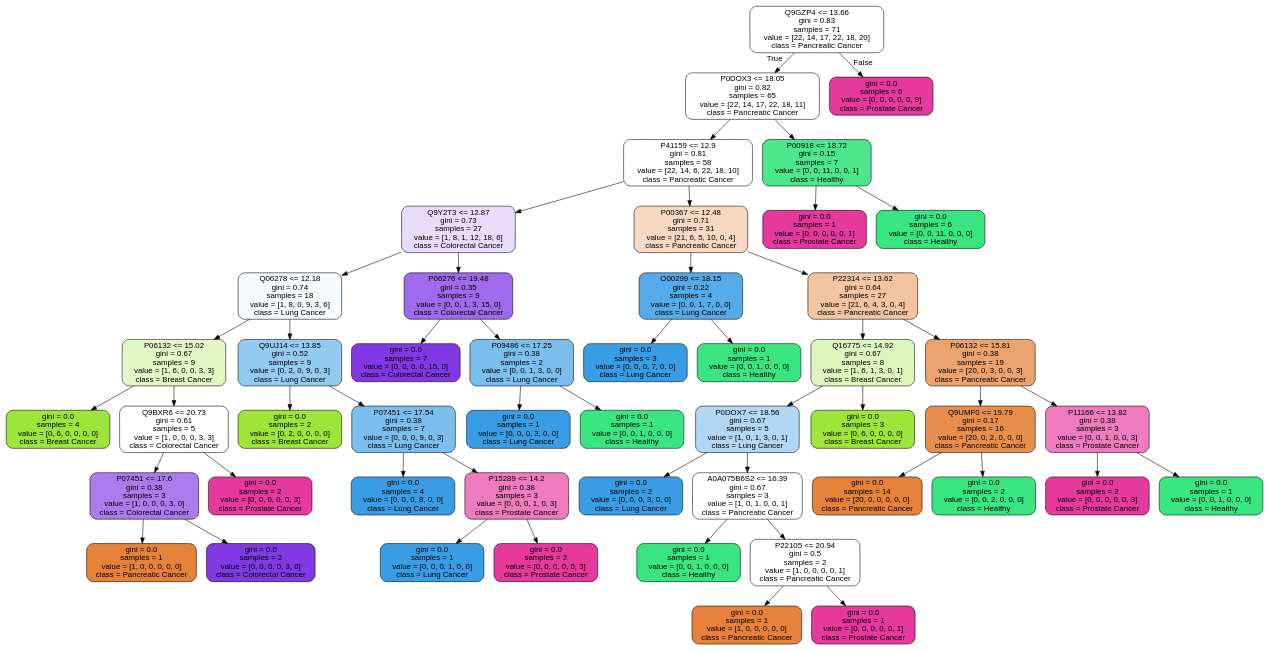
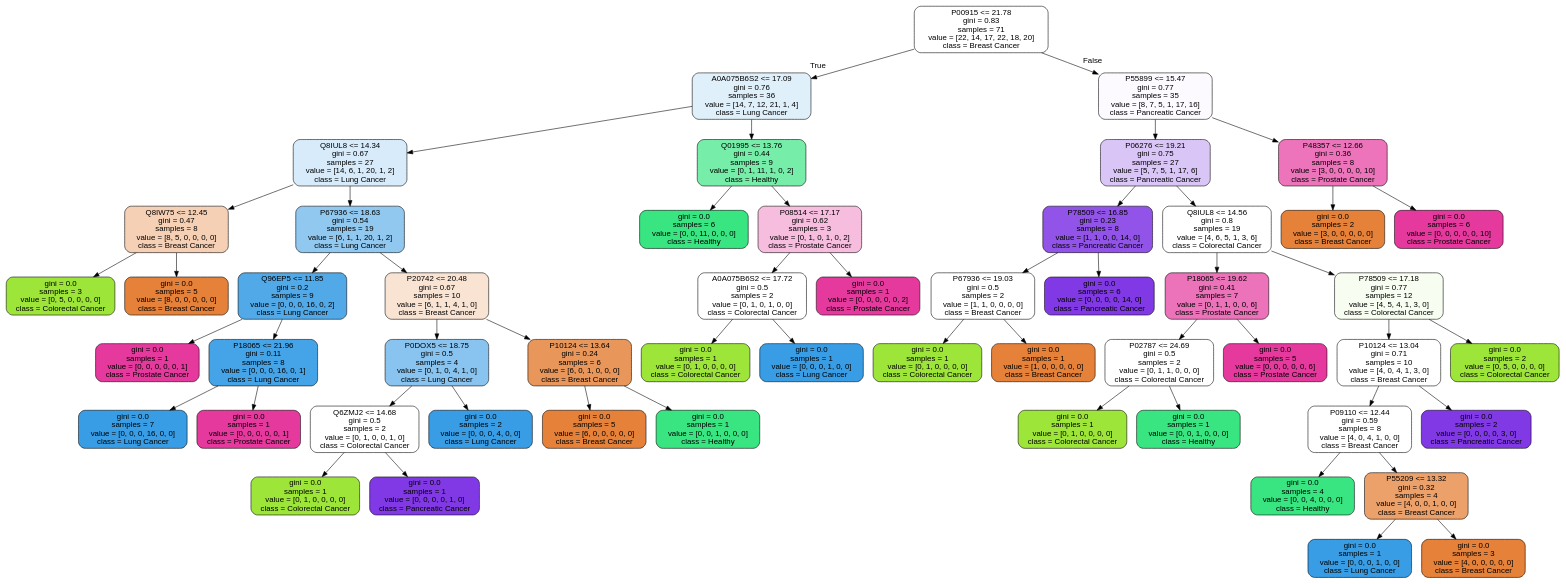
Before and after one commit to cewinharhar/BECS2_dataChallenge: the diagram in images/tree_RF.dot, drawn with Graphviz. The commit also changed 5 other files, not shown here.

```diff
--- a/images/tree_RF.dot
+++ b/images/tree_RF.dot
@@ -1,101 +1,109 @@
 digraph Tree {
 node [shape=box, style="filled, rounded", color="black", fontname="helvetica"] ;
 edge [fontname="helvetica"] ;
-0 [label="Q9GZP4 <= 13.66\ngini = 0.83\nsamples = 71\nvalue = [22, 14, 17, 22, 18, 20]\nclass = Pancreatic Cancer", fillcolor="#ffffff"] ;
-1 [label="P0DOX3 <= 18.05\ngini = 0.82\nsamples = 65\nvalue = [22, 14, 17, 22, 18, 11]\nclass = Pancreatic Cancer", fillcolor="#ffffff"] ;
+0 [label="P00915 <= 21.78\ngini = 0.83\nsamples = 71\nvalue = [22, 14, 17, 22, 18, 20]\nclass = Breast Cancer", fillcolor="#ffffff"] ;
+1 [label="A0A075B6S2 <= 17.09\ngini = 0.76\nsamples = 36\nvalue = [14, 7, 12, 21, 1, 4]\nclass = Lung Cancer", fillcolor="#e0f0fb"] ;
 0 -> 1 [labeldistance=2.5, labelangle=45, headlabel="True"] ;
-2 [label="P41159 <= 12.9\ngini = 0.81\nsamples = 58\nvalue = [22, 14, 6, 22, 18, 10]\nclass = Pancreatic Cancer", fillcolor="#ffffff"] ;
+2 [label="Q8IUL8 <= 14.34\ngini = 0.67\nsamples = 27\nvalue = [14, 6, 1, 20, 1, 2]\nclass = Lung Cancer", fillcolor="#d7ebfa"] ;
 1 -> 2 ;
-3 [label="Q9Y2T3 <= 12.87\ngini = 0.73\nsamples = 27\nvalue = [1, 8, 1, 12, 18, 6]\nclass = Colorectal Cancer", fillcolor="#e9dcfa"] ;
+3 [label="Q8IW75 <= 12.45\ngini = 0.47\nsamples = 8\nvalue = [8, 5, 0, 0, 0, 0]\nclass = Breast Cancer", fillcolor="#f5d0b5"] ;
 2 -> 3 ;
-4 [label="Q06278 <= 12.18\ngini = 0.74\nsamples = 18\nvalue = [1, 8, 0, 9, 3, 6]\nclass = Lung Cancer", fillcolor="#f5fafe"] ;
+4 [label="gini = 0.0\nsamples = 3\nvalue = [0, 5, 0, 0, 0, 0]\nclass = Colorectal Cancer", fillcolor="#9de539"] ;
 3 -> 4 ;
-5 [label="P06132 <= 15.02\ngini = 0.67\nsamples = 9\nvalue = [1, 6, 0, 0, 3, 3]\nclass = Breast Cancer", fillcolor="#e2f7c4"] ;
-4 -> 5 ;
-6 [label="gini = 0.0\nsamples = 4\nvalue = [0, 6, 0, 0, 0, 0]\nclass = Breast Cancer", fillcolor="#9de539"] ;
-5 -> 6 ;
-7 [label="Q9BXR6 <= 20.73\ngini = 0.61\nsamples = 5\nvalue = [1, 0, 0, 0, 3, 3]\nclass = Colorectal Cancer", fillcolor="#ffffff"] ;
-5 -> 7 ;
-8 [label="P07451 <= 17.6\ngini = 0.38\nsamples = 3\nvalue = [1, 0, 0, 0, 3, 0]\nclass = Colorectal Cancer", fillcolor="#ab7bee"] ;
+5 [label="gini = 0.0\nsamples = 5\nvalue = [8, 0, 0, 0, 0, 0]\nclass = Breast Cancer", fillcolor="#e58139"] ;
+3 -> 5 ;
+6 [label="P67936 <= 18.63\ngini = 0.54\nsamples = 19\nvalue = [6, 1, 1, 20, 1, 2]\nclass = Lung Cancer", fillcolor="#90c8f0"] ;
+2 -> 6 ;
+7 [label="Q96EP5 <= 11.85\ngini = 0.2\nsamples = 9\nvalue = [0, 0, 0, 16, 0, 2]\nclass = Lung Cancer", fillcolor="#52a9e8"] ;
+6 -> 7 ;
+8 [label="gini = 0.0\nsamples = 1\nvalue = [0, 0, 0, 0, 0, 1]\nclass = Prostate Cancer", fillcolor="#e5399d"] ;
 7 -> 8 ;
-9 [label="gini = 0.0\nsamples = 1\nvalue = [1, 0, 0, 0, 0, 0]\nclass = Pancreatic Cancer", fillcolor="#e58139"] ;
-8 -> 9 ;
-10 [label="gini = 0.0\nsamples = 2\nvalue = [0, 0, 0, 0, 3, 0]\nclass = Colorectal Cancer", fillcolor="#8139e5"] ;
-8 -> 10 ;
-11 [label="gini = 0.0\nsamples = 2\nvalue = [0, 0, 0, 0, 0, 3]\nclass = Prostate Cancer", fillcolor="#e5399d"] ;
-7 -> 11 ;
-12 [label="Q9UJ14 <= 13.85\ngini = 0.52\nsamples = 9\nvalue = [0, 2, 0, 9, 0, 3]\nclass = Lung Cancer", fillcolor="#93caf1"] ;
-4 -> 12 ;
-13 [label="gini = 0.0\nsamples = 2\nvalue = [0, 2, 0, 0, 0, 0]\nclass = Breast Cancer", fillcolor="#9de539"] ;
+9 [label="P18065 <= 21.96\ngini = 0.11\nsamples = 8\nvalue = [0, 0, 0, 16, 0, 1]\nclass = Lung Cancer", fillcolor="#45a3e7"] ;
+7 -> 9 ;
+10 [label="gini = 0.0\nsamples = 7\nvalue = [0, 0, 0, 16, 0, 0]\nclass = Lung Cancer", fillcolor="#399de5"] ;
+9 -> 10 ;
+11 [label="gini = 0.0\nsamples = 1\nvalue = [0, 0, 0, 0, 0, 1]\nclass = Prostate Cancer", fillcolor="#e5399d"] ;
+9 -> 11 ;
+12 [label="P20742 <= 20.48\ngini = 0.67\nsamples = 10\nvalue = [6, 1, 1, 4, 1, 0]\nclass = Breast Cancer", fillcolor="#f9e3d3"] ;
+6 -> 12 ;
+13 [label="P0DOX5 <= 18.75\ngini = 0.5\nsamples = 4\nvalue = [0, 1, 0, 4, 1, 0]\nclass = Lung Cancer", fillcolor="#88c4ef"] ;
 12 -> 13 ;
-14 [label="P07451 <= 17.54\ngini = 0.38\nsamples = 7\nvalue = [0, 0, 0, 9, 0, 3]\nclass = Lung Cancer", fillcolor="#7bbeee"] ;
-12 -> 14 ;
-15 [label="gini = 0.0\nsamples = 4\nvalue = [0, 0, 0, 8, 0, 0]\nclass = Lung Cancer", fillcolor="#399de5"] ;
+14 [label="Q6ZMJ2 <= 14.68\ngini = 0.5\nsamples = 2\nvalue = [0, 1, 0, 0, 1, 0]\nclass = Colorectal Cancer", fillcolor="#ffffff"] ;
+13 -> 14 ;
+15 [label="gini = 0.0\nsamples = 1\nvalue = [0, 1, 0, 0, 0, 0]\nclass = Colorectal Cancer", fillcolor="#9de539"] ;
 14 -> 15 ;
-16 [label="P15289 <= 14.2\ngini = 0.38\nsamples = 3\nvalue = [0, 0, 0, 1, 0, 3]\nclass = Prostate Cancer", fillcolor="#ee7bbe"] ;
+16 [label="gini = 0.0\nsamples = 1\nvalue = [0, 0, 0, 0, 1, 0]\nclass = Pancreatic Cancer", fillcolor="#8139e5"] ;
 14 -> 16 ;
-17 [label="gini = 0.0\nsamples = 1\nvalue = [0, 0, 0, 1, 0, 0]\nclass = Lung Cancer", fillcolor="#399de5"] ;
-16 -> 17 ;
-18 [label="gini = 0.0\nsamples = 2\nvalue = [0, 0, 0, 0, 0, 3]\nclass = Prostate Cancer", fillcolor="#e5399d"] ;
-16 -> 18 ;
-19 [label="P06276 <= 19.48\ngini = 0.35\nsamples = 9\nvalue = [0, 0, 1, 3, 15, 0]\nclass = Colorectal Cancer", fillcolor="#a06aec"] ;
-3 -> 19 ;
-20 [label="gini = 0.0\nsamples = 7\nvalue = [0, 0, 0, 0, 15, 0]\nclass = Colorectal Cancer", fillcolor="#8139e5"] ;
-19 -> 20 ;
-21 [label="P09486 <= 17.25\ngini = 0.38\nsamples = 2\nvalue = [0, 0, 1, 3, 0, 0]\nclass = Lung Cancer", fillcolor="#7bbeee"] ;
-19 -> 21 ;
-22 [label="gini = 0.0\nsamples = 1\nvalue = [0, 0, 0, 3, 0, 0]\nclass = Lung Cancer", fillcolor="#399de5"] ;
+17 [label="gini = 0.0\nsamples = 2\nvalue = [0, 0, 0, 4, 0, 0]\nclass = Lung Cancer", fillcolor="#399de5"] ;
+13 -> 17 ;
+18 [label="P10124 <= 13.64\ngini = 0.24\nsamples = 6\nvalue = [6, 0, 1, 0, 0, 0]\nclass = Breast Cancer", fillcolor="#e9965a"] ;
+12 -> 18 ;
+19 [label="gini = 0.0\nsamples = 5\nvalue = [6, 0, 0, 0, 0, 0]\nclass = Breast Cancer", fillcolor="#e58139"] ;
+18 -> 19 ;
+20 [label="gini = 0.0\nsamples = 1\nvalue = [0, 0, 1, 0, 0, 0]\nclass = Healthy", fillcolor="#39e581"] ;
+18 -> 20 ;
+21 [label="Q01995 <= 13.76\ngini = 0.44\nsamples = 9\nvalue = [0, 1, 11, 1, 0, 2]\nclass = Healthy", fillcolor="#76eda8"] ;
+1 -> 21 ;
+22 [label="gini = 0.0\nsamples = 6\nvalue = [0, 0, 11, 0, 0, 0]\nclass = Healthy", fillcolor="#39e581"] ;
 21 -> 22 ;
-23 [label="gini = 0.0\nsamples = 1\nvalue = [0, 0, 1, 0, 0, 0]\nclass = Healthy", fillcolor="#39e581"] ;
+23 [label="P08514 <= 17.17\ngini = 0.62\nsamples = 3\nvalue = [0, 1, 0, 1, 0, 2]\nclass = Prostate Cancer", fillcolor="#f6bdde"] ;
 21 -> 23 ;
-24 [label="P00367 <= 12.48\ngini = 0.71\nsamples = 31\nvalue = [21, 6, 5, 10, 0, 4]\nclass = Pancreatic Cancer", fillcolor="#f7d8c2"] ;
-2 -> 24 ;
-25 [label="O00299 <= 18.15\ngini = 0.22\nsamples = 4\nvalue = [0, 0, 1, 7, 0, 0]\nclass = Lung Cancer", fillcolor="#55abe9"] ;
+24 [label="A0A075B6S2 <= 17.72\ngini = 0.5\nsamples = 2\nvalue = [0, 1, 0, 1, 0, 0]\nclass = Colorectal Cancer", fillcolor="#ffffff"] ;
+23 -> 24 ;
+25 [label="gini = 0.0\nsamples = 1\nvalue = [0, 1, 0, 0, 0, 0]\nclass = Colorectal Cancer", fillcolor="#9de539"] ;
 24 -> 25 ;
-26 [label="gini = 0.0\nsamples = 3\nvalue = [0, 0, 0, 7, 0, 0]\nclass = Lung Cancer", fillcolor="#399de5"] ;
-25 -> 26 ;
-27 [label="gini = 0.0\nsamples = 1\nvalue = [0, 0, 1, 0, 0, 0]\nclass = Healthy", fillcolor="#39e581"] ;
-25 -> 27 ;
-28 [label="P22314 <= 13.62\ngini = 0.64\nsamples = 27\nvalue = [21, 6, 4, 3, 0, 4]\nclass = Pancreatic Cancer", fillcolor="#f3c4a2"] ;
-24 -> 28 ;
-29 [label="Q16775 <= 14.92\ngini = 0.67\nsamples = 8\nvalue = [1, 6, 1, 3, 0, 1]\nclass = Breast Cancer", fillcolor="#def6bd"] ;
+26 [label="gini = 0.0\nsamples = 1\nvalue = [0, 0, 0, 1, 0, 0]\nclass = Lung Cancer", fillcolor="#399de5"] ;
+24 -> 26 ;
+27 [label="gini = 0.0\nsamples = 1\nvalue = [0, 0, 0, 0, 0, 2]\nclass = Prostate Cancer", fillcolor="#e5399d"] ;
+23 -> 27 ;
+28 [label="P55899 <= 15.47\ngini = 0.77\nsamples = 35\nvalue = [8, 7, 5, 1, 17, 16]\nclass = Pancreatic Cancer", fillcolor="#fcfafe"] ;
+0 -> 28 [labeldistance=2.5, labelangle=-45, headlabel="False"] ;
+29 [label="P06276 <= 19.21\ngini = 0.75\nsamples = 27\nvalue = [5, 7, 5, 1, 17, 6]\nclass = Pancreatic Cancer", fillcolor="#dac5f7"] ;
 28 -> 29 ;
-30 [label="P0DOX7 <= 18.56\ngini = 0.67\nsamples = 5\nvalue = [1, 0, 1, 3, 0, 1]\nclass = Lung Cancer", fillcolor="#b0d8f5"] ;
+30 [label="P78509 <= 16.85\ngini = 0.23\nsamples = 8\nvalue = [1, 1, 0, 0, 14, 0]\nclass = Pancreatic Cancer", fillcolor="#9253e8"] ;
 29 -> 30 ;
-31 [label="gini = 0.0\nsamples = 2\nvalue = [0, 0, 0, 3, 0, 0]\nclass = Lung Cancer", fillcolor="#399de5"] ;
+31 [label="P67936 <= 19.03\ngini = 0.5\nsamples = 2\nvalue = [1, 1, 0, 0, 0, 0]\nclass = Breast Cancer", fillcolor="#ffffff"] ;
 30 -> 31 ;
-32 [label="A0A075B6S2 <= 16.39\ngini = 0.67\nsamples = 3\nvalue = [1, 0, 1, 0, 0, 1]\nclass = Pancreatic Cancer", fillcolor="#ffffff"] ;
-30 -> 32 ;
-33 [label="gini = 0.0\nsamples = 1\nvalue = [0, 0, 1, 0, 0, 0]\nclass = Healthy", fillcolor="#39e581"] ;
-32 -> 33 ;
-34 [label="P22105 <= 20.94\ngini = 0.5\nsamples = 2\nvalue = [1, 0, 0, 0, 0, 1]\nclass = Pancreatic Cancer", fillcolor="#ffffff"] ;
-32 -> 34 ;
-35 [label="gini = 0.0\nsamples = 1\nvalue = [1, 0, 0, 0, 0, 0]\nclass = Pancreatic Cancer", fillcolor="#e58139"] ;
-34 -> 35 ;
-36 [label="gini = 0.0\nsamples = 1\nvalue = [0, 0, 0, 0, 0, 1]\nclass = Prostate Cancer", fillcolor="#e5399d"] ;
-34 -> 36 ;
-37 [label="gini = 0.0\nsamples = 3\nvalue = [0, 6, 0, 0, 0, 0]\nclass = Breast Cancer", fillcolor="#9de539"] ;
-29 -> 37 ;
-38 [label="P06132 <= 15.81\ngini = 0.38\nsamples = 19\nvalue = [20, 0, 3, 0, 0, 3]\nclass = Pancreatic Cancer", fillcolor="#eca26d"] ;
-28 -> 38 ;
-39 [label="Q9UMF0 <= 19.79\ngini = 0.17\nsamples = 16\nvalue = [20, 0, 2, 0, 0, 0]\nclass = Pancreatic Cancer", fillcolor="#e88e4d"] ;
-38 -> 39 ;
-40 [label="gini = 0.0\nsamples = 14\nvalue = [20, 0, 0, 0, 0, 0]\nclass = Pancreatic Cancer", fillcolor="#e58139"] ;
-39 -> 40 ;
-41 [label="gini = 0.0\nsamples = 2\nvalue = [0, 0, 2, 0, 0, 0]\nclass = Healthy", fillcolor="#39e581"] ;
-39 -> 41 ;
-42 [label="P11166 <= 13.82\ngini = 0.38\nsamples = 3\nvalue = [0, 0, 1, 0, 0, 3]\nclass = Prostate Cancer", fillcolor="#ee7bbe"] ;
-38 -> 42 ;
-43 [label="gini = 0.0\nsamples = 2\nvalue = [0, 0, 0, 0, 0, 3]\nclass = Prostate Cancer", fillcolor="#e5399d"] ;
+32 [label="gini = 0.0\nsamples = 1\nvalue = [0, 1, 0, 0, 0, 0]\nclass = Colorectal Cancer", fillcolor="#9de539"] ;
+31 -> 32 ;
+33 [label="gini = 0.0\nsamples = 1\nvalue = [1, 0, 0, 0, 0, 0]\nclass = Breast Cancer", fillcolor="#e58139"] ;
+31 -> 33 ;
+34 [label="gini = 0.0\nsamples = 6\nvalue = [0, 0, 0, 0, 14, 0]\nclass = Pancreatic Cancer", fillcolor="#8139e5"] ;
+30 -> 34 ;
+35 [label="Q8IUL8 <= 14.56\ngini = 0.8\nsamples = 19\nvalue = [4, 6, 5, 1, 3, 6]\nclass = Colorectal Cancer", fillcolor="#ffffff"] ;
+29 -> 35 ;
+36 [label="P18065 <= 19.62\ngini = 0.41\nsamples = 7\nvalue = [0, 1, 1, 0, 0, 6]\nclass = Prostate Cancer", fillcolor="#ec72b9"] ;
+35 -> 36 ;
+37 [label="P02787 <= 24.69\ngini = 0.5\nsamples = 2\nvalue = [0, 1, 1, 0, 0, 0]\nclass = Colorectal Cancer", fillcolor="#ffffff"] ;
+36 -> 37 ;
+38 [label="gini = 0.0\nsamples = 1\nvalue = [0, 1, 0, 0, 0, 0]\nclass = Colorectal Cancer", fillcolor="#9de539"] ;
+37 -> 38 ;
+39 [label="gini = 0.0\nsamples = 1\nvalue = [0, 0, 1, 0, 0, 0]\nclass = Healthy", fillcolor="#39e581"] ;
+37 -> 39 ;
+40 [label="gini = 0.0\nsamples = 5\nvalue = [0, 0, 0, 0, 0, 6]\nclass = Prostate Cancer", fillcolor="#e5399d"] ;
+36 -> 40 ;
+41 [label="P78509 <= 17.18\ngini = 0.77\nsamples = 12\nvalue = [4, 5, 4, 1, 3, 0]\nclass = Colorectal Cancer", fillcolor="#f7fdf0"] ;
+35 -> 41 ;
+42 [label="P10124 <= 13.04\ngini = 0.71\nsamples = 10\nvalue = [4, 0, 4, 1, 3, 0]\nclass = Breast Cancer", fillcolor="#ffffff"] ;
+41 -> 42 ;
+43 [label="P09110 <= 12.44\ngini = 0.59\nsamples = 8\nvalue = [4, 0, 4, 1, 0, 0]\nclass = Breast Cancer", fillcolor="#ffffff"] ;
 42 -> 43 ;
-44 [label="gini = 0.0\nsamples = 1\nvalue = [0, 0, 1, 0, 0, 0]\nclass = Healthy", fillcolor="#39e581"] ;
-42 -> 44 ;
-45 [label="P00918 <= 18.72\ngini = 0.15\nsamples = 7\nvalue = [0, 0, 11, 0, 0, 1]\nclass = Healthy", fillcolor="#4be78c"] ;
-1 -> 45 ;
-46 [label="gini = 0.0\nsamples = 1\nvalue = [0, 0, 0, 0, 0, 1]\nclass = Prostate Cancer", fillcolor="#e5399d"] ;
+44 [label="gini = 0.0\nsamples = 4\nvalue = [0, 0, 4, 0, 0, 0]\nclass = Healthy", fillcolor="#39e581"] ;
+43 -> 44 ;
+45 [label="P55209 <= 13.32\ngini = 0.32\nsamples = 4\nvalue = [4, 0, 0, 1, 0, 0]\nclass = Breast Cancer", fillcolor="#eca06a"] ;
+43 -> 45 ;
+46 [label="gini = 0.0\nsamples = 1\nvalue = [0, 0, 0, 1, 0, 0]\nclass = Lung Cancer", fillcolor="#399de5"] ;
 45 -> 46 ;
-47 [label="gini = 0.0\nsamples = 6\nvalue = [0, 0, 11, 0, 0, 0]\nclass = Healthy", fillcolor="#39e581"] ;
+47 [label="gini = 0.0\nsamples = 3\nvalue = [4, 0, 0, 0, 0, 0]\nclass = Breast Cancer", fillcolor="#e58139"] ;
 45 -> 47 ;
-48 [label="gini = 0.0\nsamples = 6\nvalue = [0, 0, 0, 0, 0, 9]\nclass = Prostate Cancer", fillcolor="#e5399d"] ;
-0 -> 48 [labeldistance=2.5, labelangle=-45, headlabel="False"] ;
+48 [label="gini = 0.0\nsamples = 2\nvalue = [0, 0, 0, 0, 3, 0]\nclass = Pancreatic Cancer", fillcolor="#8139e5"] ;
+42 -> 48 ;
+49 [label="gini = 0.0\nsamples = 2\nvalue = [0, 5, 0, 0, 0, 0]\nclass = Colorectal Cancer", fillcolor="#9de539"] ;
+41 -> 49 ;
+50 [label="P48357 <= 12.66\ngini = 0.36\nsamples = 8\nvalue = [3, 0, 0, 0, 0, 10]\nclass = Prostate Cancer", fillcolor="#ed74ba"] ;
+28 -> 50 ;
+51 [label="gini = 0.0\nsamples = 2\nvalue = [3, 0, 0, 0, 0, 0]\nclass = Breast Cancer", fillcolor="#e58139"] ;
+50 -> 51 ;
+52 [label="gini = 0.0\nsamples = 6\nvalue = [0, 0, 0, 0, 0, 10]\nclass = Prostate Cancer", fillcolor="#e5399d"] ;
+50 -> 52 ;
 }
```
